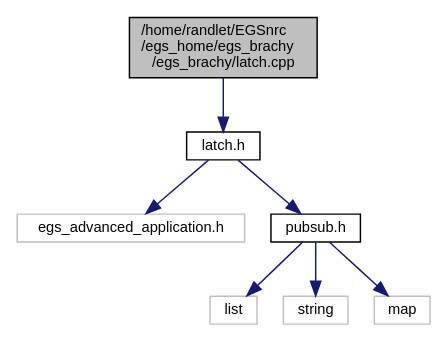
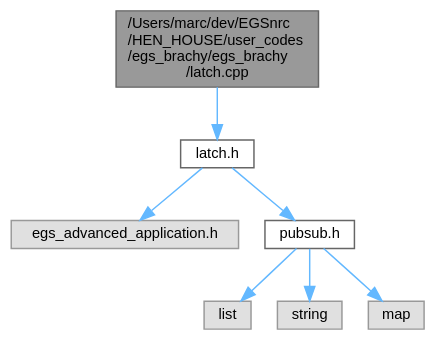
Before and after one commit to clrp-code/egs_brachy: the diagram in docs/latch_8cpp__incl.dot, drawn with Graphviz. The commit also changed 1817 other files, not shown here.

```diff
--- a/docs/latch_8cpp__incl.dot
+++ b/docs/latch_8cpp__incl.dot
@@ -1,18 +1,20 @@
-digraph "/home/randlet/EGSnrc/egs_home/egs_brachy/egs_brachy/latch.cpp"
+digraph "/Users/marc/dev/EGSnrc/HEN_HOUSE/user_codes/egs_brachy/egs_brachy/latch.cpp"
 {
-  edge [fontname="Helvetica",fontsize="10",labelfontname="Helvetica",labelfontsize="10"];
-  node [fontname="Helvetica",fontsize="10",shape=record];
-  Node0 [label="/home/randlet/EGSnrc\l/egs_home/egs_brachy\l/egs_brachy/latch.cpp",height=0.2,width=0.4,color="black", fillcolor="grey75", style="filled", fontcolor="black"];
-  Node0 -> Node1 [color="midnightblue",fontsize="10",style="solid",fontname="Helvetica"];
-  Node1 [label="latch.h",height=0.2,width=0.4,color="black", fillcolor="white", style="filled",URL="$latch_8h.html",tooltip="handle particles latch bits for egs_brachy "];
-  Node1 -> Node2 [color="midnightblue",fontsize="10",style="solid",fontname="Helvetica"];
-  Node2 [label="egs_advanced_application.h",height=0.2,width=0.4,color="grey75", fillcolor="white", style="filled"];
-  Node1 -> Node3 [color="midnightblue",fontsize="10",style="solid",fontname="Helvetica"];
-  Node3 [label="pubsub.h",height=0.2,width=0.4,color="black", fillcolor="white", style="filled",URL="$pubsub_8h.html",tooltip="A simple pub/sub module to allow various egs_brachy classes to subscribe to particle events..."];
-  Node3 -> Node4 [color="midnightblue",fontsize="10",style="solid",fontname="Helvetica"];
-  Node4 [label="list",height=0.2,width=0.4,color="grey75", fillcolor="white", style="filled"];
-  Node3 -> Node5 [color="midnightblue",fontsize="10",style="solid",fontname="Helvetica"];
-  Node5 [label="string",height=0.2,width=0.4,color="grey75", fillcolor="white", style="filled"];
-  Node3 -> Node6 [color="midnightblue",fontsize="10",style="solid",fontname="Helvetica"];
-  Node6 [label="map",height=0.2,width=0.4,color="grey75", fillcolor="white", style="filled"];
+ // LATEX_PDF_SIZE
+  bgcolor="transparent";
+  edge [fontname=Helvetica,fontsize=10,labelfontname=Helvetica,labelfontsize=10];
+  node [fontname=Helvetica,fontsize=10,shape=box,height=0.2,width=0.4];
+  Node1 [label="/Users/marc/dev/EGSnrc\l/HEN_HOUSE/user_codes\l/egs_brachy/egs_brachy\l/latch.cpp",height=0.2,width=0.4,color="gray40", fillcolor="grey60", style="filled", fontcolor="black",tooltip="methods for setting/checking latch bits for egs_brachy"];
+  Node1 -> Node2 [color="steelblue1",style="solid"];
+  Node2 [label="latch.h",height=0.2,width=0.4,color="grey40", fillcolor="white", style="filled",URL="$latch_8h.html",tooltip="handle particles latch bits for egs_brachy"];
+  Node2 -> Node3 [color="steelblue1",style="solid"];
+  Node3 [label="egs_advanced_application.h",height=0.2,width=0.4,color="grey60", fillcolor="#E0E0E0", style="filled",tooltip=" "];
+  Node2 -> Node4 [color="steelblue1",style="solid"];
+  Node4 [label="pubsub.h",height=0.2,width=0.4,color="grey40", fillcolor="white", style="filled",URL="$pubsub_8h.html",tooltip="A simple pub/sub module to allow various egs_brachy classes to subscribe to particle events."];
+  Node4 -> Node5 [color="steelblue1",style="solid"];
+  Node5 [label="list",height=0.2,width=0.4,color="grey60", fillcolor="#E0E0E0", style="filled",tooltip=" "];
+  Node4 -> Node6 [color="steelblue1",style="solid"];
+  Node6 [label="string",height=0.2,width=0.4,color="grey60", fillcolor="#E0E0E0", style="filled",tooltip=" "];
+  Node4 -> Node7 [color="steelblue1",style="solid"];
+  Node7 [label="map",height=0.2,width=0.4,color="grey60", fillcolor="#E0E0E0", style="filled",tooltip=" "];
 }
```
